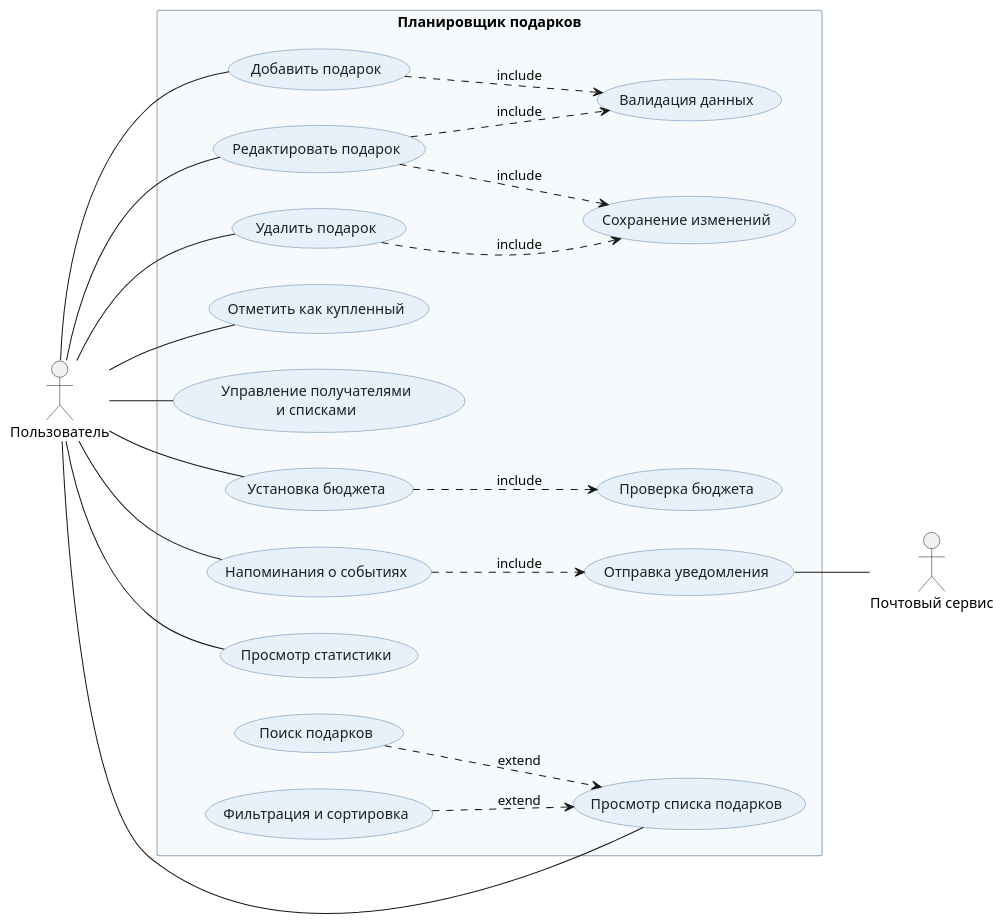
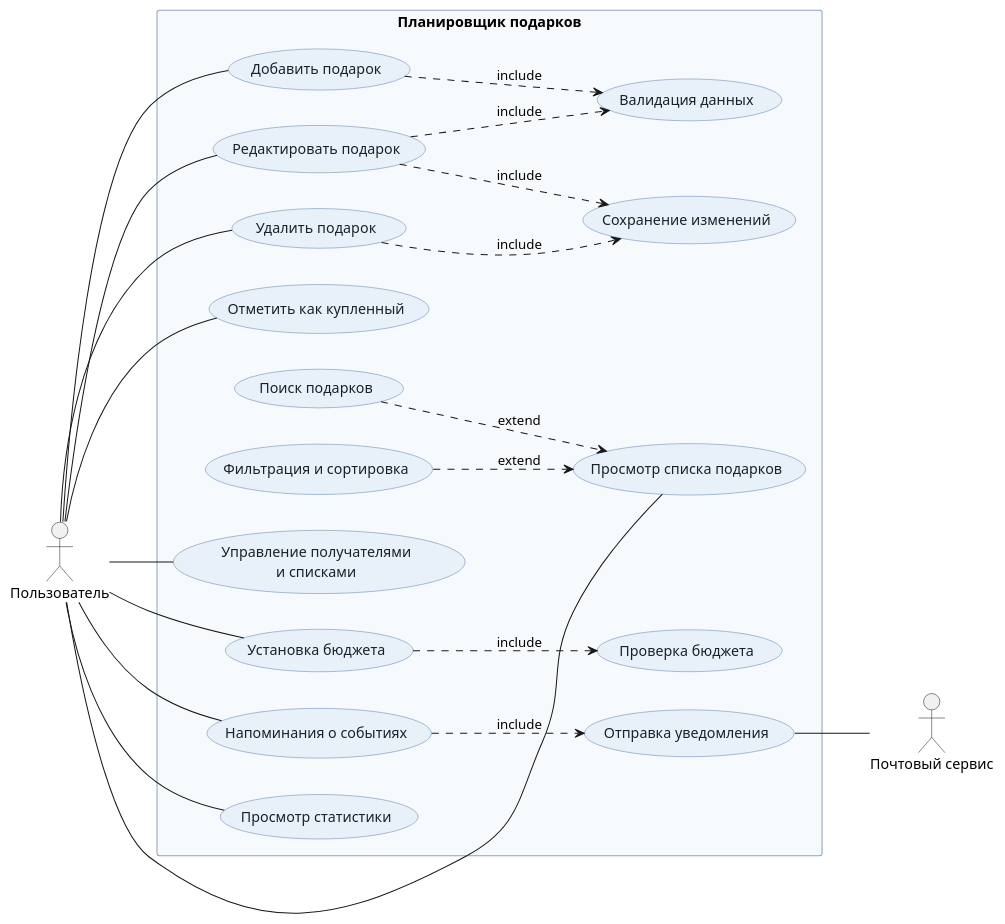
Before and after one commit to dimasutjrin-coder/Planirivhik-podarkov: the diagram in docs/behavior/use_case/use_case_diagram.puml, drawn with PlantUML. The commit also changed other lines of this file and 15 other files, not shown here.

Commit message:
docs: PlantUML-диаграммы с активациями и обновлённая документация поведения (ЛР5)

```diff
--- a/docs/behavior/use_case/use_case_diagram.puml
+++ b/docs/behavior/use_case/use_case_diagram.puml
@@ -1,66 +1,69 @@
 @startuml UseCase_GiftPlanner
 ' Use Case диаграмма приложения «Планировщик подарков»
 ' Лабораторная работа 5. Рендер: plantuml -tpng use_case_diagram.puml
 
 left to right direction
 skinparam shadowing false
 skinparam defaultFontName "Segoe UI"
 skinparam usecase {
   BackgroundColor #E8F0FA
   BorderColor #5B7FA6
   FontColor #1A202C
 }
 skinparam rectangle {
   BackgroundColor #F7FAFC
   BorderColor #8FA3B8
 }
 
 actor "Пользователь" as User
 actor "Почтовый сервис" as Mail
 
 rectangle "Планировщик подарков" {
   usecase "Добавить подарок" as UC_Add
   usecase "Редактировать подарок" as UC_Edit
   usecase "Удалить подарок" as UC_Delete
   usecase "Отметить как купленный" as UC_Bought
   usecase "Просмотр списка подарков" as UC_View
+  usecase "Просмотр списка подарков" as UC_View
+  usecase "Поиск подарков" as UC_Search
+  usecase "Фильтрация и сортировка" as UC_Filter
   usecase "Управление получателями\nи списками" as UC_Manage
   usecase "Установка бюджета" as UC_Budget
   usecase "Напоминания о событиях" as UC_Remind
   usecase "Просмотр статистики" as UC_Stats
 
   usecase "Валидация данных" as UC_Validate
   usecase "Сохранение изменений" as UC_Save
   usecase "Поиск подарков" as UC_Search
   usecase "Фильтрация и сортировка" as UC_Filter
   usecase "Проверка бюджета" as UC_CheckBudget
   usecase "Отправка уведомления" as UC_Notify
 }
 
 ' --- ассоциации актора с вариантами использования ---
 User -- UC_Add
 User -- UC_Edit
 User -- UC_Delete
 User -- UC_Bought
 User -- UC_View
 User -- UC_Manage
 User -- UC_Budget
 User -- UC_Remind
 User -- UC_Stats
 
 ' --- include: обязательное включение ---
 UC_Add ..> UC_Validate : include
 UC_Edit ..> UC_Validate : include
 UC_Edit ..> UC_Save : include
 UC_Delete ..> UC_Save : include
 UC_Budget ..> UC_CheckBudget : include
 UC_Remind ..> UC_Notify : include
 
 ' --- extend: необязательное расширение ---
 UC_Search ..> UC_View : extend
 UC_Filter ..> UC_View : extend
 
 ' --- внешний актор ---
 UC_Notify -- Mail
 
 @enduml
```
